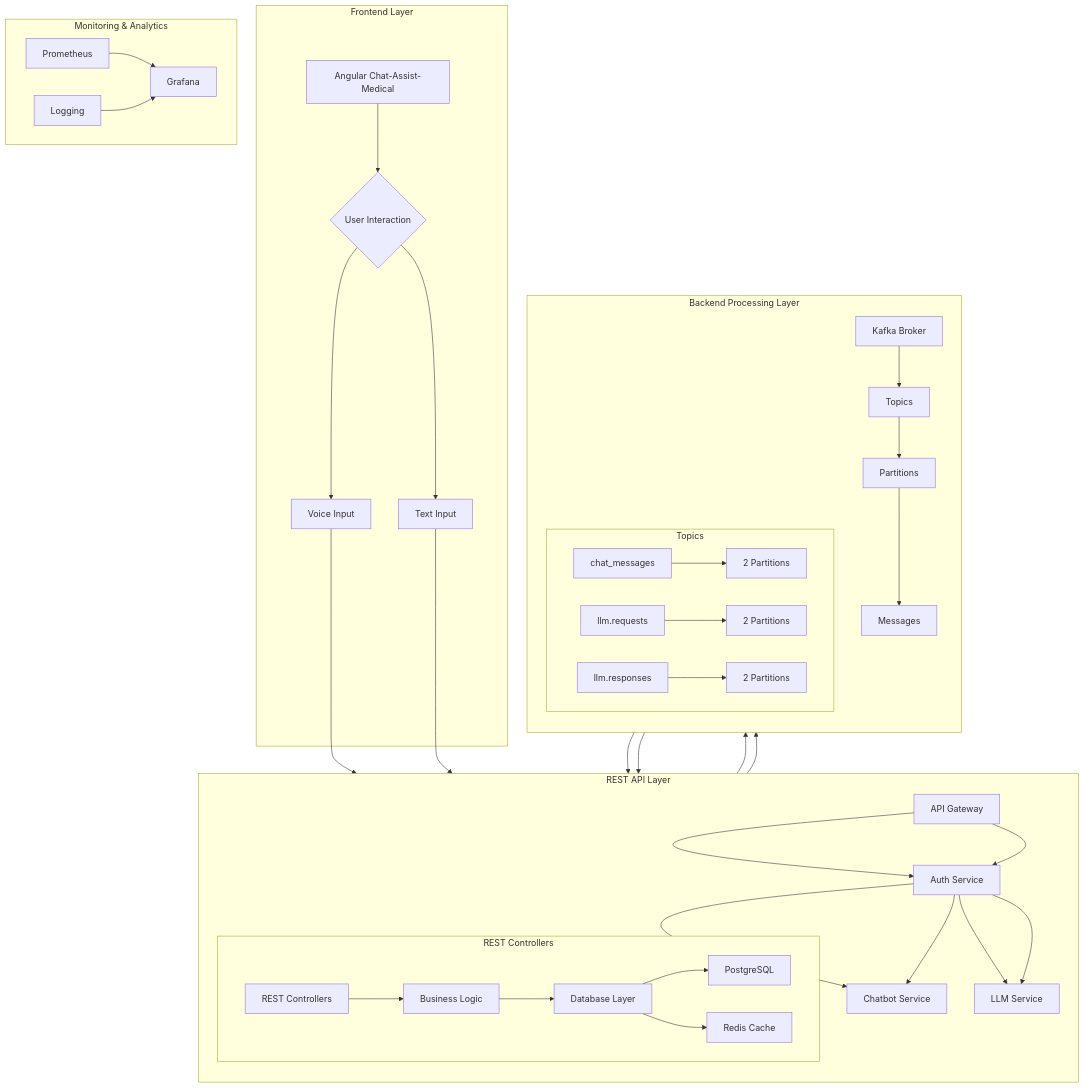
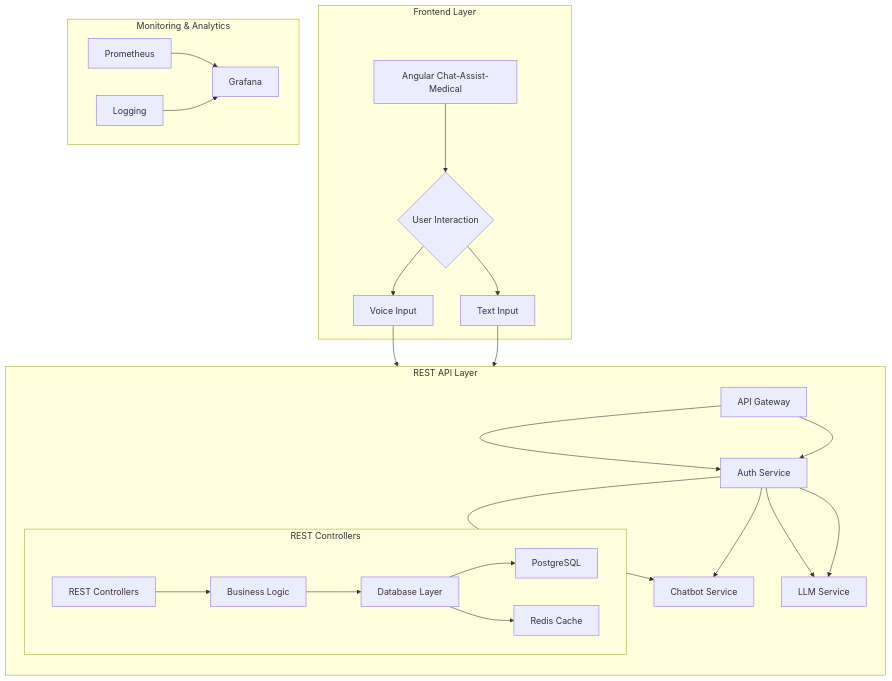
The diagram in README.md (cloud-fullstack/architecture_chatbot), drawn with Mermaid before and after one commit.

Commit message:
revisioning version according to the basic version in REST instead than on Kafka

````diff
--- a/README.md
+++ b/README.md
@@ -24,58 +24,39 @@
 ```mermaid
 graph TD
     subgraph Frontend Layer
         A[Angular Chat-Assist-Medical] --> B{User Interaction}
         B --> C[Voice Input]
         B --> D[Text Input]
     end
     
     subgraph REST API Layer
         direction TB
         E[API Gateway] --> F[Auth Service]
         F --> G[Chatbot Service]
         F --> H[LLM Service]
         
         subgraph REST Controllers
             I[REST Controllers] --> J[Business Logic]
             J --> K[Database Layer]
             K --> L[PostgreSQL]
             K --> M[Redis Cache]
         end
     end
 
-    subgraph Backend Processing Layer
-        direction TB
-        N[Kafka Broker] --> O[Topics]
-        O --> P[Partitions]
-        P --> Q[Messages]
-        
-        subgraph Topics
-            R[chat_messages] --> S[2 Partitions]
-            T[llm.requests] --> U[2 Partitions]
-            V[llm.responses] --> W[2 Partitions]
-        end
-    end
-
     subgraph Monitoring & Analytics
         X[Prometheus]
         Y[Grafana]
         Z[Logging]
     end
     
     %% Frontend to Backend REST Connections
     C --> E
     D --> E
     E --> F
     F --> G
     F --> H
     
-    %% Backend Service Connections
-    G --> N
-    H --> N
-    N --> G
-    N --> H
-    
     %% Monitoring Connections
     X --> Y
     Z --> Y
 ```
````
